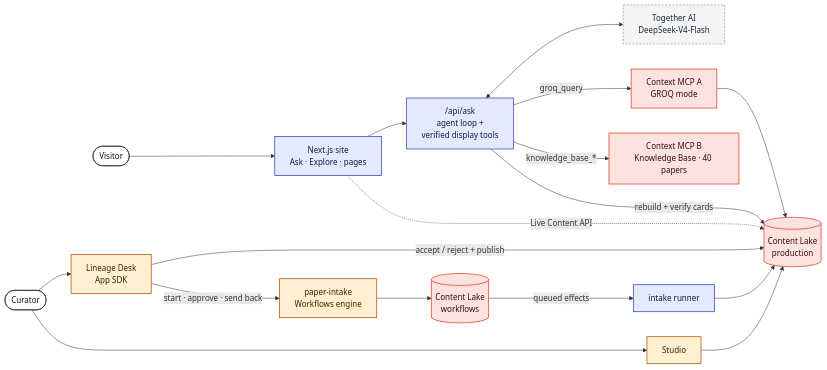
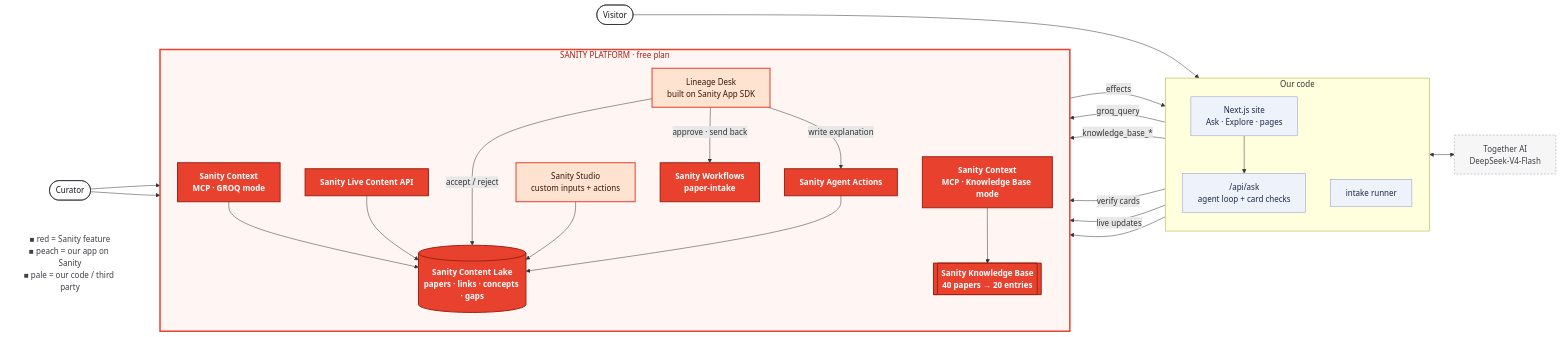
One commit to akashgoyal/paper-lineage changed the diagram in docs/post/diagrams/architecture.mmd. Above: the diagram before and after it, drawn with Mermaid. The commit also changed 15 other files, not shown here.

First line of the commit message:
docs(post): diagrams make Sanity unmistakable

```diff
--- a/docs/post/diagrams/architecture.mmd
+++ b/docs/post/diagrams/architecture.mmd
@@ -1,24 +1,47 @@
 flowchart LR
-  V([Visitor]):::person --> SITE["Next.js site<br/>Ask · Explore · pages"]:::ours
-  SITE --> AGENT["/api/ask<br/>agent loop +<br/>verified display tools"]:::ours
-  AGENT <--> LLM["Together AI<br/>DeepSeek-V4-Flash"]:::third
-  AGENT -- groq_query --> CTXA["Context MCP A<br/>GROQ mode"]:::sanity
-  AGENT -- "knowledge_base_*" --> CTXB["Context MCP B<br/>Knowledge Base · 40 papers"]:::sanity
-  CTXA --> PROD[("Content Lake<br/>production")]:::sanity
-  AGENT -- "rebuild + verify cards" --> PROD
-  SITE -. "Live Content API" .-> PROD
+  V([Visitor]):::person
+  C([Curator]):::person
 
-  C([Curator]):::person --> DESK["Lineage Desk<br/>App SDK"]:::onsanity
-  C --> STUDIO["Studio"]:::onsanity
-  DESK -- "accept / reject + publish" --> PROD
-  STUDIO --> PROD
-  DESK -- "start · approve · send back" --> WF["paper-intake<br/>Workflows engine"]:::onsanity
-  WF --> WFDS[("Content Lake<br/>workflows")]:::sanity
-  WFDS -- "queued effects" --> RUNNER["intake runner"]:::ours
-  RUNNER --> PROD
+  subgraph OURS["Our code"]
+    direction TB
+    SITE["Next.js site<br/>Ask · Explore · pages"]:::ours
+    AGENT["/api/ask<br/>agent loop + card checks"]:::ours
+    RUNNER["intake runner"]:::ours
+  end
 
-  classDef sanity fill:#FDE3E0,stroke:#E0402F,color:#3B0D08,stroke-width:1.5px
-  classDef onsanity fill:#FFF0D2,stroke:#B45309,color:#3D2302,stroke-width:1.5px
-  classDef ours fill:#E3EAFE,stroke:#3446C4,color:#121A4A,stroke-width:1.5px
-  classDef third fill:#F4F4F5,stroke:#6B7280,color:#1F2937,stroke-dasharray:4 3
+  subgraph SANITY["SANITY PLATFORM · free plan"]
+    direction TB
+    CTXA["Sanity Context<br/>MCP · GROQ mode"]:::sanity
+    CTXB["Sanity Context<br/>MCP · Knowledge Base mode"]:::sanity
+    KB[["Sanity Knowledge Base<br/>40 papers → 20 entries"]]:::sanity
+    LIVE["Sanity Live Content API"]:::sanity
+    LAKE[("Sanity Content Lake<br/>papers · links · concepts · gaps")]:::sanity
+    DESK["Lineage Desk<br/>built on Sanity App SDK"]:::onsanity
+    STUDIO["Sanity Studio<br/>custom inputs + actions"]:::onsanity
+    WF["Sanity Workflows<br/>paper-intake"]:::sanity
+    AA["Sanity Agent Actions"]:::sanity
+  end
+
+  LLM["Together AI<br/>DeepSeek-V4-Flash"]:::third
+
+  V --> SITE --> AGENT
+  AGENT <--> LLM
+  AGENT -- "groq_query" --> CTXA --> LAKE
+  AGENT -- "knowledge_base_*" --> CTXB --> KB
+  AGENT -- "verify cards" --> LAKE
+  SITE -- "live updates" --> LIVE --> LAKE
+  C --> DESK & STUDIO
+  DESK -- "accept / reject" --> LAKE
+  STUDIO --> LAKE
+  DESK -- "approve · send back" --> WF
+  DESK -- "write explanation" --> AA --> LAKE
+  WF -- "effects" --> RUNNER --> LAKE
+
+  L1["■ red = Sanity feature<br/>■ peach = our app on Sanity<br/>■ pale = our code / third party"]:::legend
+  classDef sanity fill:#E8412E,stroke:#9F2414,color:#FFFFFF,stroke-width:2px,font-weight:bold
+  classDef onsanity fill:#FDE3D0,stroke:#E8412E,color:#3D1408,stroke-width:2px
+  classDef ours fill:#EEF2FB,stroke:#8A9AC9,color:#1E2A4A,stroke-width:1px
+  classDef third fill:#F6F6F7,stroke:#A1A1AA,color:#3F3F46,stroke-dasharray:4 3
   classDef person fill:#FFFFFF,stroke:#17191E,color:#17191E
+  classDef legend fill:#FFFFFF,stroke:#FFFFFF,color:#3F3F46
+  style SANITY fill:#FFF5F3,stroke:#E8412E,stroke-width:3px,color:#9F2414
```
